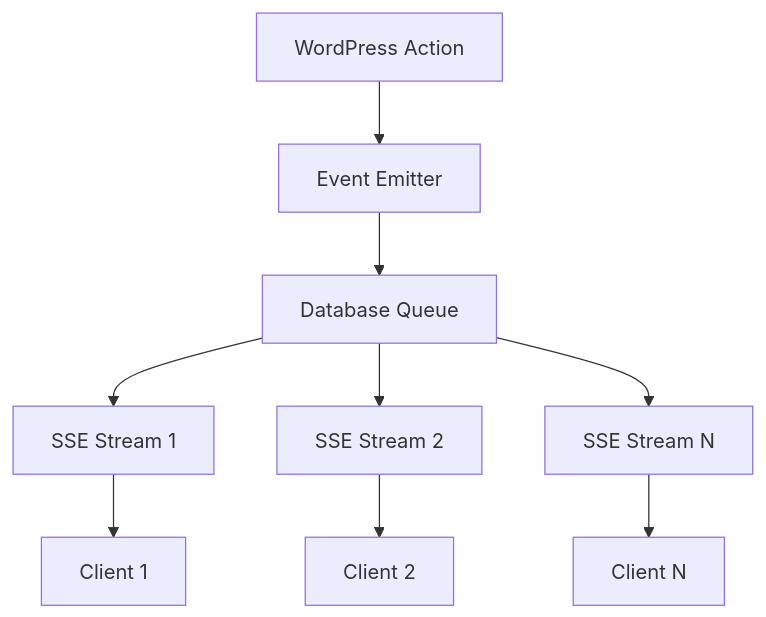
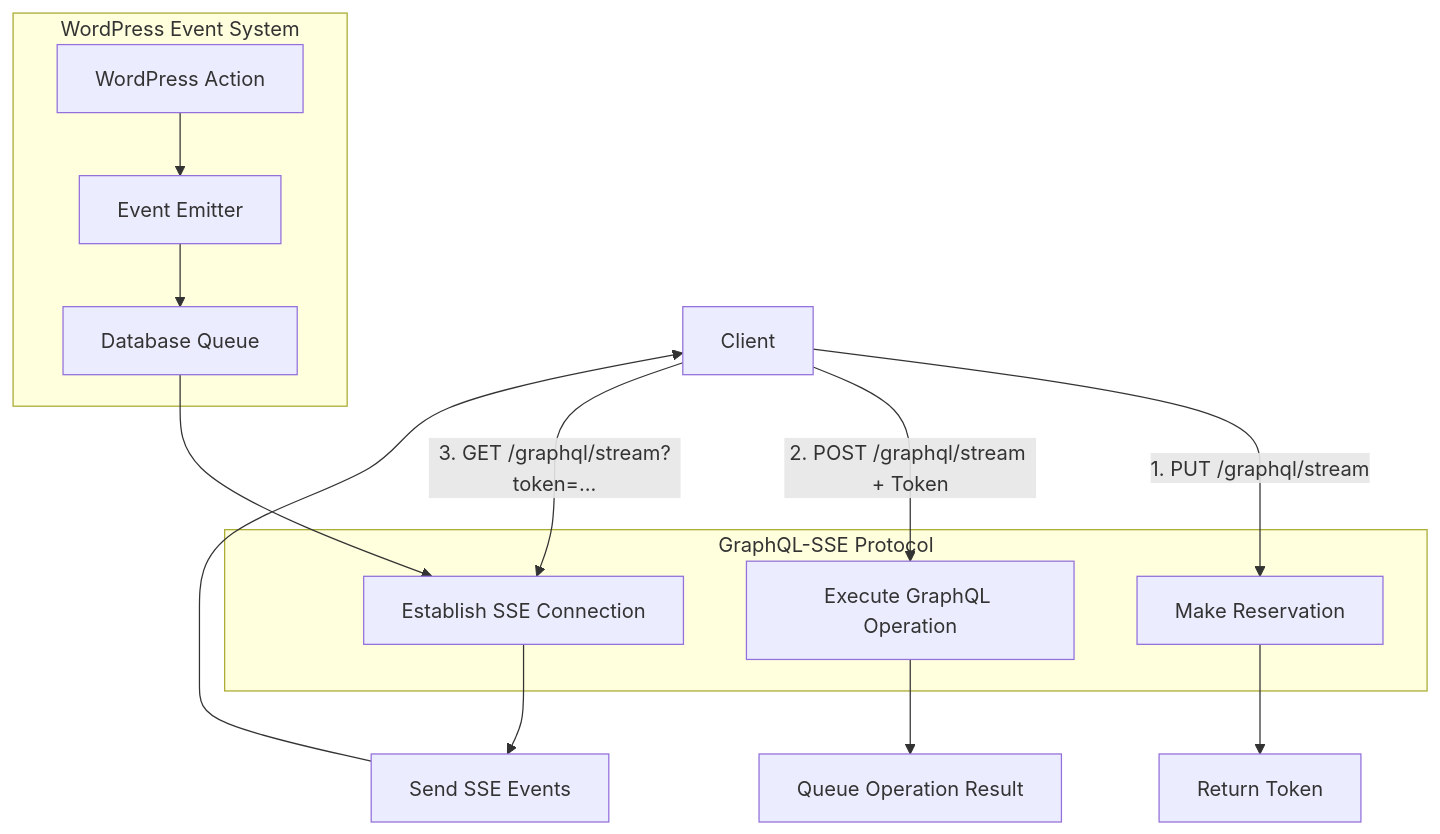
Before and after one commit to wp-graphql/wp-graphql-subscriptions: the first of 2 diagrams in docs/architecture.md, drawn with Mermaid. The commit also changed other lines of this file and 18 other files, not shown here.

````diff
--- a/docs/architecture.md
+++ b/docs/architecture.md
@@ -9,11 +11,26 @@
 ```mermaid
 graph TB
-    A[WordPress Action] --> B[Event Emitter]
-    B --> C[Database Queue]
-    C --> D[SSE Stream 1]
-    C --> E[SSE Stream 2]  
-    C --> F[SSE Stream N]
-    D --> G[Client 1]
-    E --> H[Client 2]
-    F --> I[Client N]
+    A[Client] -->|1. PUT /graphql/stream| B[Make Reservation]
+    B --> C[Return Token]
+    A -->|2. POST /graphql/stream + Token| D[Execute GraphQL Operation]
+    D --> E[Queue Operation Result]
+    A -->|3. GET /graphql/stream?token=...| F[Establish SSE Connection]
+    
+    G[WordPress Action] --> H[Event Emitter]
+    H --> I[Database Queue]
+    I --> F
+    F --> J[Send SSE Events]
+    J --> A
+    
+    subgraph "GraphQL-SSE Protocol"
+        B
+        D
+        F
+    end
+    
+    subgraph "WordPress Event System"
+        G
+        H
+        I
+    end
 ```
````
